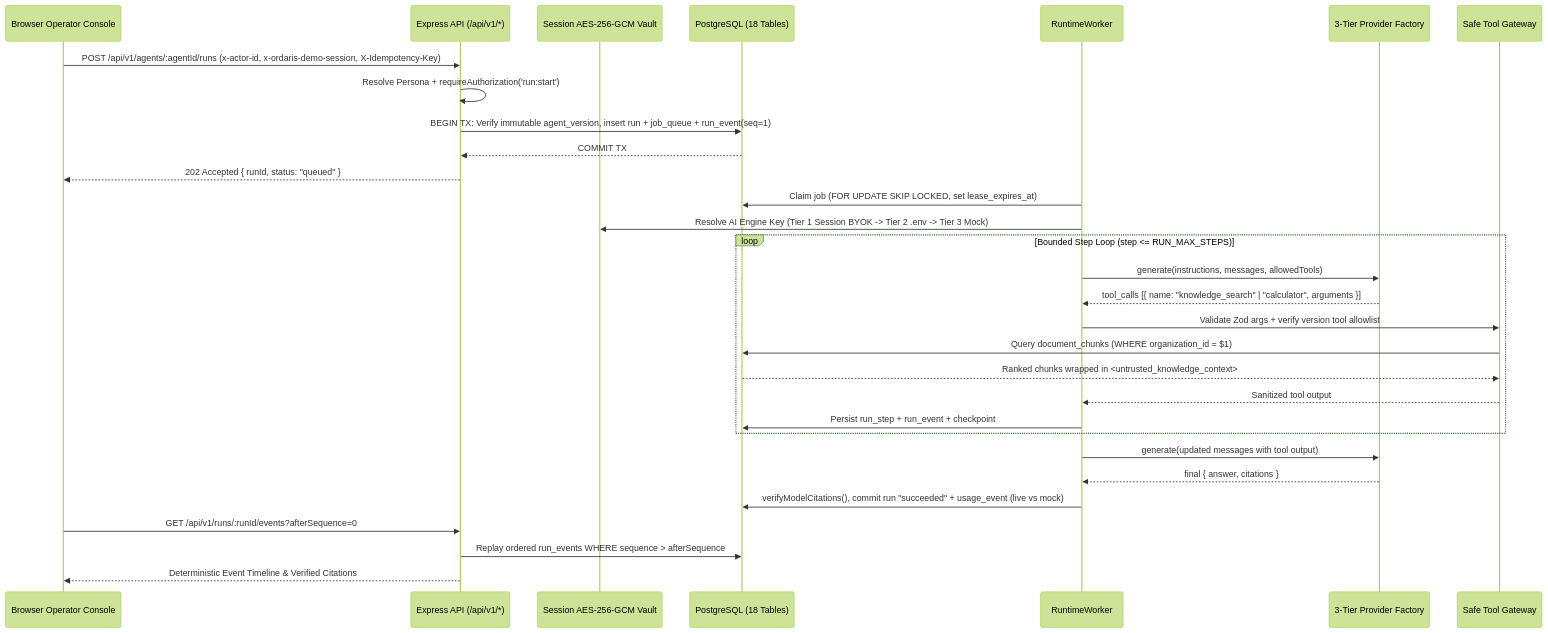
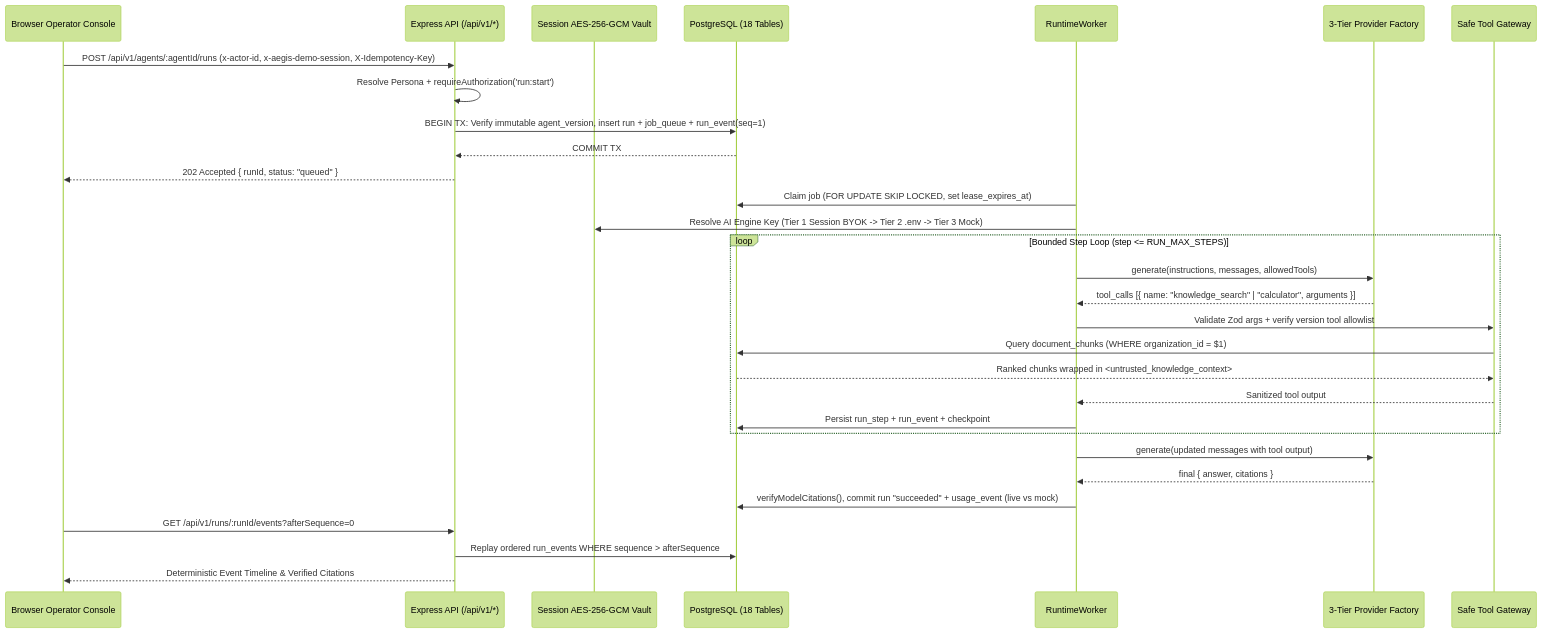
Before and after one commit to KratX/multi-ai-agent-orchestration: the second of 2 diagrams in docs/architecture.md, drawn with Mermaid (forest theme). The commit also changed other lines of this file and 28 other files, not shown here.

````diff
--- a/docs/architecture.md
+++ b/docs/architecture.md
@@ -87,34 +87,34 @@
 ```mermaid
 sequenceDiagram
   participant U as Browser Operator Console
   participant A as Express API (/api/v1/*)
   participant V as Session AES-256-GCM Vault
   participant D as PostgreSQL (18 Tables)
   participant W as RuntimeWorker
   participant P as 3-Tier Provider Factory
   participant T as Safe Tool Gateway
 
-  U->>A: POST /api/v1/agents/:agentId/runs (x-actor-id, x-ordaris-demo-session, X-Idempotency-Key)
+  U->>A: POST /api/v1/agents/:agentId/runs (x-actor-id, x-aegis-demo-session, X-Idempotency-Key)
   A->>A: Resolve Persona + requireAuthorization('run:start')
   A->>D: BEGIN TX: Verify immutable agent_version, insert run + job_queue + run_event(seq=1)
   D-->>A: COMMIT TX
   A-->>U: 202 Accepted { runId, status: "queued" }
 
   W->>D: Claim job (FOR UPDATE SKIP LOCKED, set lease_expires_at)
   W->>V: Resolve AI Engine Key (Tier 1 Session BYOK -> Tier 2 .env -> Tier 3 Mock)
   loop Bounded Step Loop (step <= RUN_MAX_STEPS)
     W->>P: generate(instructions, messages, allowedTools)
     P-->>W: tool_calls [{ name: "knowledge_search" | "calculator", arguments }]
     W->>T: Validate Zod args + verify version tool allowlist
     T->>D: Query document_chunks (WHERE organization_id = $1)
     D-->>T: Ranked chunks wrapped in <untrusted_knowledge_context>
     T-->>W: Sanitized tool output
     W->>D: Persist run_step + run_event + checkpoint
   end
   W->>P: generate(updated messages with tool output)
   P-->>W: final { answer, citations }
   W->>D: verifyModelCitations(), commit run "succeeded" + usage_event (live vs mock)
   U->>A: GET /api/v1/runs/:runId/events?afterSequence=0
   A->>D: Replay ordered run_events WHERE sequence > afterSequence
   A-->>U: Deterministic Event Timeline & Verified Citations
 ```
````
